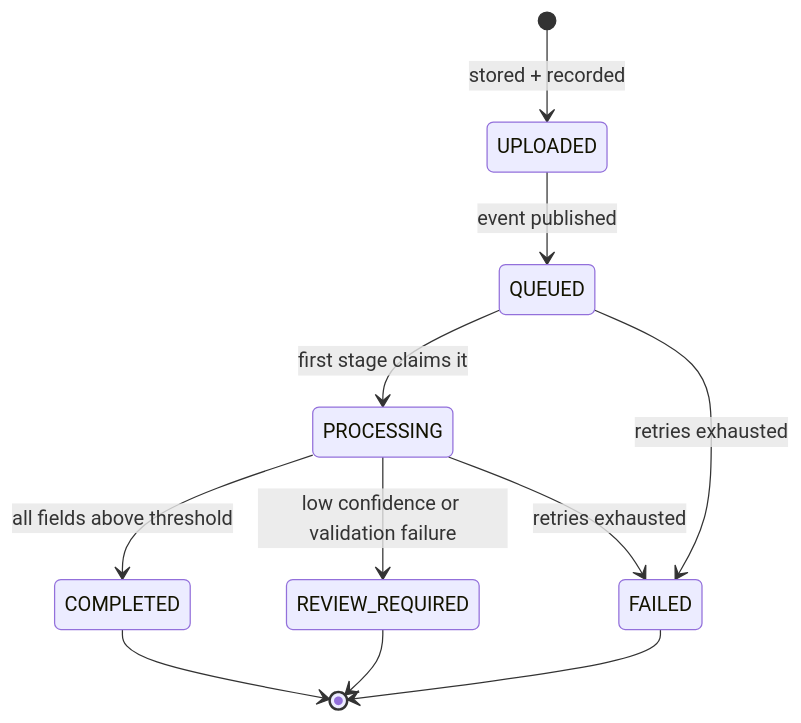
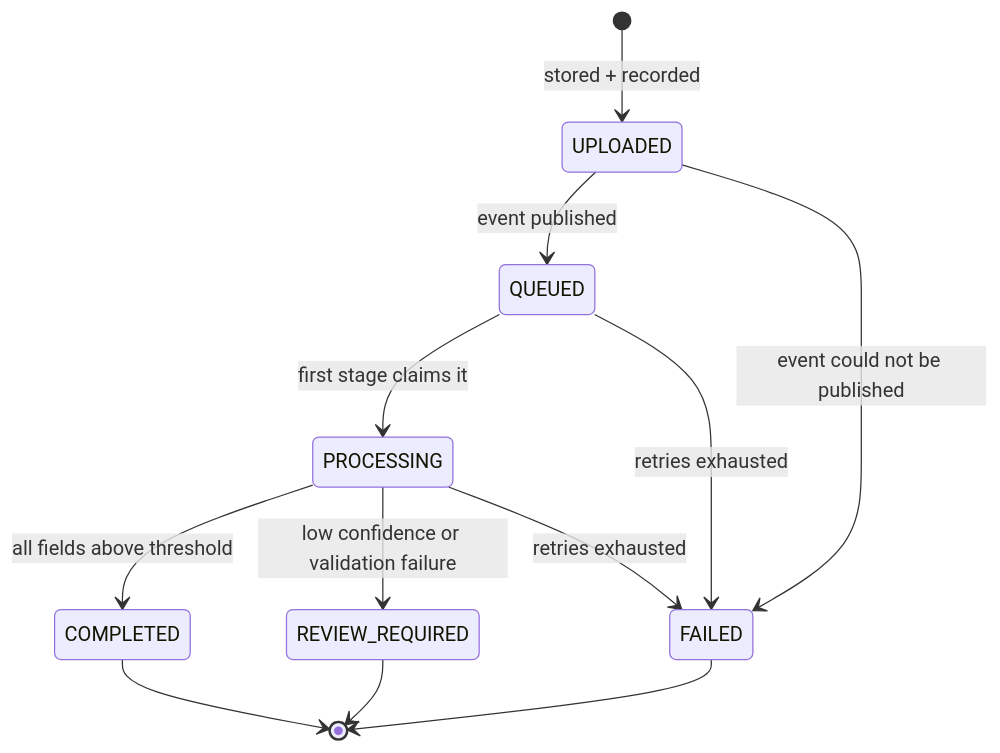
One commit to itzikyis/docflow-ai changed the third of 3 diagrams in docs/architecture.md. Above: the diagram before and after it, drawn with Mermaid. The commit also changed other lines of this file and 3 other files, not shown here.

````diff
--- a/docs/architecture.md
+++ b/docs/architecture.md
@@ -93,13 +93,14 @@
 ```mermaid
 stateDiagram-v2
     [*] --> UPLOADED: stored + recorded
     UPLOADED --> QUEUED: event published
     QUEUED --> PROCESSING: first stage claims it
     PROCESSING --> COMPLETED: all fields above threshold
     PROCESSING --> REVIEW_REQUIRED: low confidence or validation failure
     PROCESSING --> FAILED: retries exhausted
     QUEUED --> FAILED: retries exhausted
+    UPLOADED --> FAILED: event could not be published
     COMPLETED --> [*]
     REVIEW_REQUIRED --> [*]
     FAILED --> [*]
 ```
````
